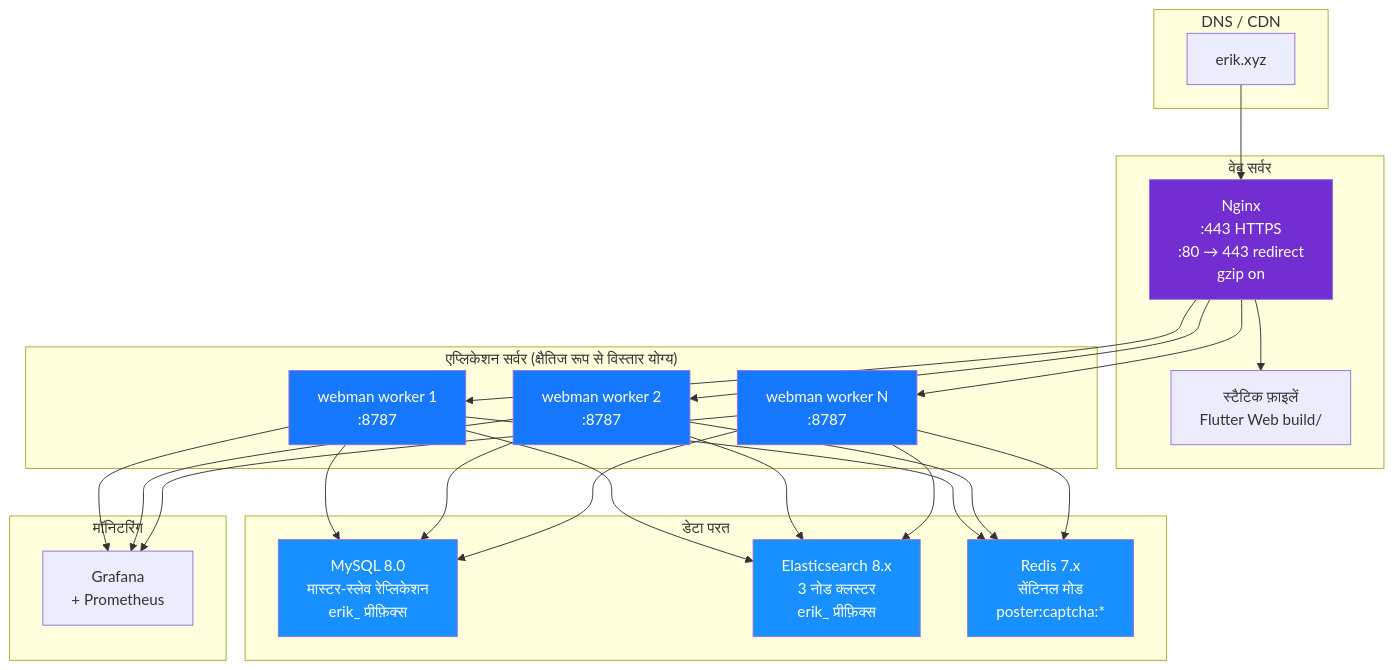
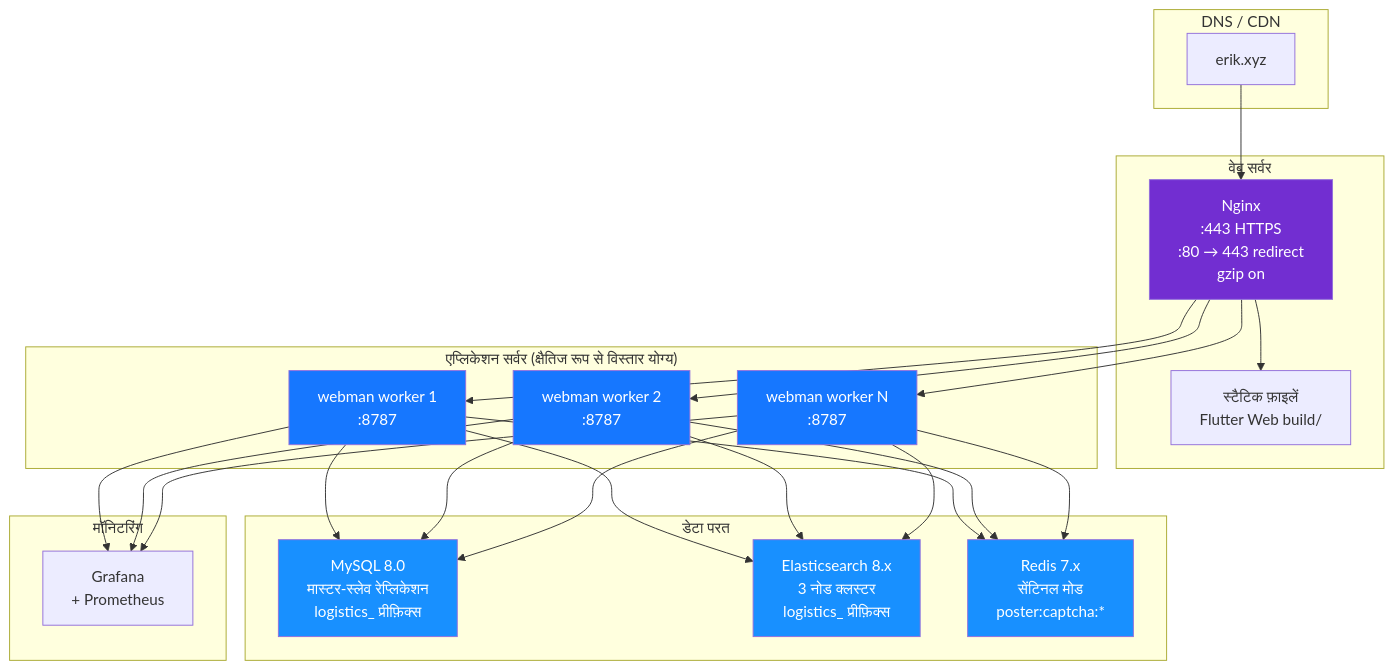
Diagram 14 of 14 in admin/docs/ARCHITECTURE.hi.md (erikwang2013/integrated-global-logistics), drawn with Mermaid before and after one commit. The commit also changed other lines of this file and 211 other files, not shown here.

````diff
--- a/admin/docs/ARCHITECTURE.hi.md
+++ b/admin/docs/ARCHITECTURE.hi.md
@@ -652,43 +652,43 @@
 ```mermaid
 flowchart TB
     subgraph "DNS / CDN"
         DNS["erik.xyz"]
     end
 
     subgraph "वेब सर्वर"
         NGX["Nginx<br/>:443 HTTPS<br/>:80 → 443 redirect<br/>gzip on"]
         STA["स्टैटिक फ़ाइलें<br/>Flutter Web build/"]
     end
 
     subgraph "एप्लिकेशन सर्वर (क्षैतिज रूप से विस्तार योग्य)"
         WM1["webman worker 1<br/>:8787"]
         WM2["webman worker 2<br/>:8787"]
         WM3["webman worker N<br/>:8787"]
     end
 
     subgraph "डेटा परत"
-        MYSQL["MySQL 8.0<br/>मास्टर-स्लेव रेप्लिकेशन<br/>erik_ प्रीफ़िक्स"]
-        ES["Elasticsearch 8.x<br/>3 नोड क्लस्टर<br/>erik_ प्रीफ़िक्स"]
+        MYSQL["MySQL 8.0<br/>मास्टर-स्लेव रेप्लिकेशन<br/>logistics_ प्रीफ़िक्स"]
+        ES["Elasticsearch 8.x<br/>3 नोड क्लस्टर<br/>logistics_ प्रीफ़िक्स"]
         REDIS["Redis 7.x<br/>सेंटिनल मोड<br/>poster:captcha:*"]
     end
 
     subgraph "मॉनिटरिंग"
         MON["Grafana<br/>+ Prometheus"]
     end
 
     DNS --> NGX
     NGX --> STA
     NGX --> WM1 & WM2 & WM3
     WM1 & WM2 & WM3 --> MYSQL
     WM1 & WM2 & WM3 --> ES
     WM1 & WM2 & WM3 --> REDIS
     WM1 & WM2 & WM3 --> MON
 
     style NGX fill:#722ED1,color:#fff
     style WM1 fill:#1677FF,color:#fff
     style WM2 fill:#1677FF,color:#fff
     style WM3 fill:#1677FF,color:#fff
     style MYSQL fill:#1890FF,color:#fff
     style ES fill:#1890FF,color:#fff
     style REDIS fill:#1890FF,color:#fff
 ```
````
